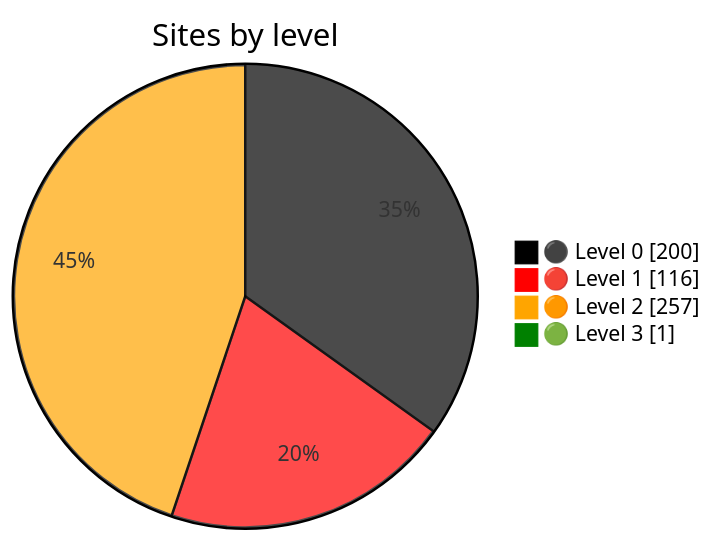
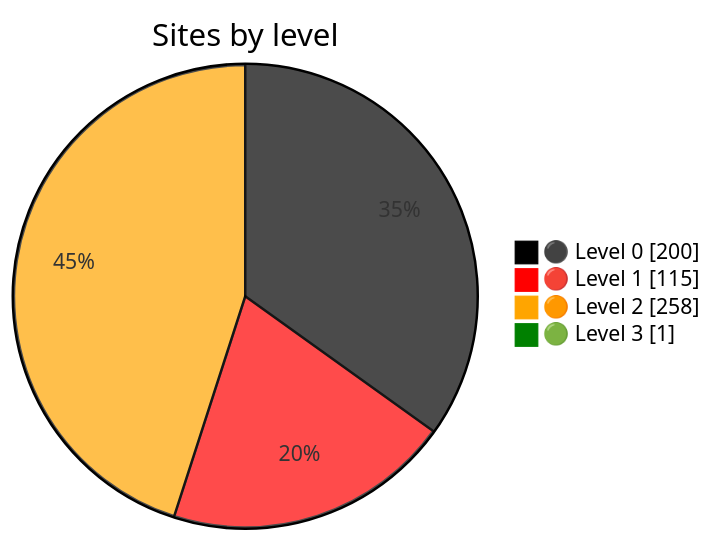
Before and after one commit to Dushmilan/gov_lk_web_auditor: the diagram in README.md, drawn with Mermaid. The commit also changed other lines of this file and 2619 other files, not shown here.

````diff
--- a/README.md
+++ b/README.md
@@ -24,9 +24,9 @@
 ```mermaid
 %%{init: {"themeVariables":{"pie1":"black","pie2":"red","pie3":"orange","pie4":"green"}}}%%
 pie showData
     title Sites by level
     "⚫ Level 0" : 200
-    "🔴 Level 1" : 116
-    "🟠 Level 2" : 257
+    "🔴 Level 1" : 115
+    "🟠 Level 2" : 258
     "🟢 Level 3" : 1
 ```
````
